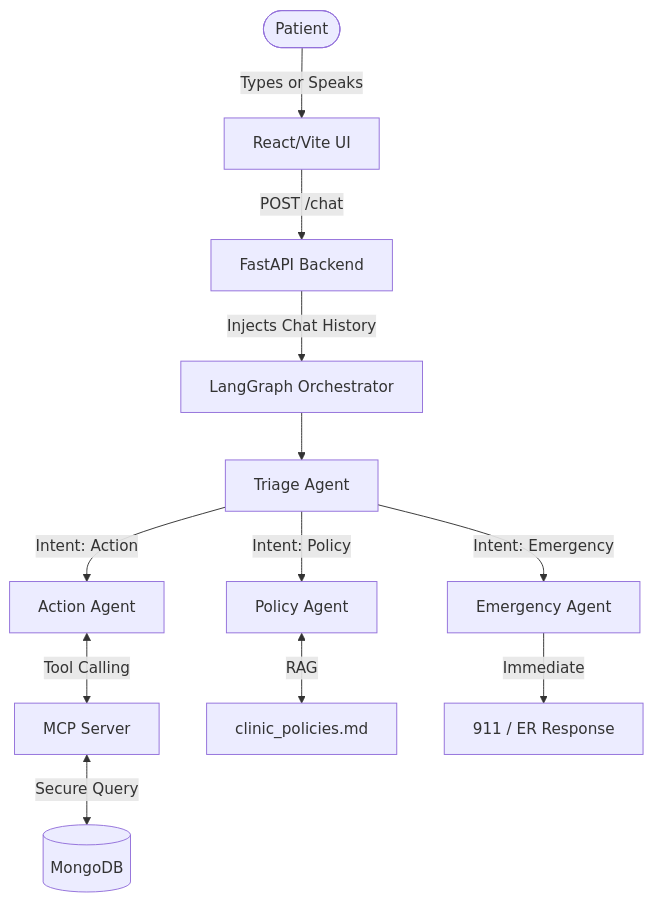
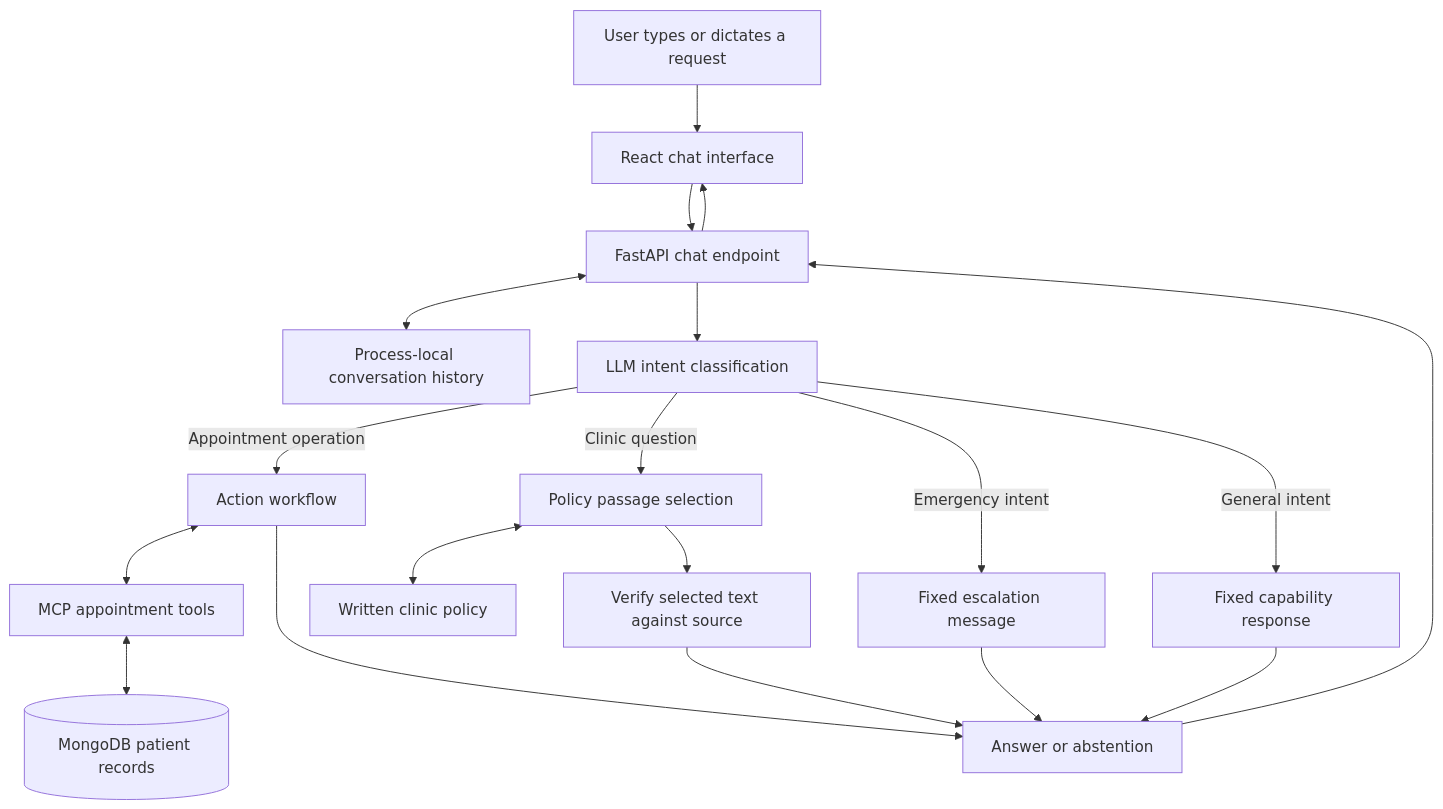
The first of 2 diagrams in IEEE_DOCUMENTATION.md (pactaccount/medbot), drawn with Mermaid before and after one commit. The commit also changed other lines of this file, not shown here.

Commit message:
Update IEEE documentation with comprehensive agent evaluation methodology and results

````diff
--- a/IEEE_DOCUMENTATION.md
+++ b/IEEE_DOCUMENTATION.md
@@ -15,20 +55,21 @@
 ```mermaid
-graph TD
-    User([Patient]) -->|Types or Speaks| Frontend[React/Vite UI]
-    Frontend -->|POST /chat| API[FastAPI Backend]
-    
-    API -->|Injects Chat History| StateMachine[LangGraph Orchestrator]
-    
-    StateMachine --> Triage[Triage Agent]
-    
-    Triage -->|Intent: Action| Action[Action Agent]
-    Triage -->|Intent: Policy| Policy[Policy Agent]
-    Triage -->|Intent: Emergency| Emergency[Emergency Agent]
-    
-    Action <-->|Tool Calling| MCP[MCP Server]
-    MCP <-->|Secure Query| DB[(MongoDB)]
-    
-    Policy <-->|RAG| Knowledge[clinic_policies.md]
-    
-    Emergency -->|Immediate| Escalation[911 / ER Response]
+flowchart TD
+    U[User types or dictates a request] --> UI[React chat interface]
+    UI --> API[FastAPI chat endpoint]
+    API <--> S[Process-local conversation history]
+    API --> T[LLM intent classification]
+    T -->|Appointment operation| A[Action workflow]
+    T -->|Clinic question| P[Policy passage selection]
+    T -->|Emergency intent| E[Fixed escalation message]
+    T -->|General intent| G[Fixed capability response]
+    A <--> M[MCP appointment tools]
+    M <--> DB[(MongoDB patient records)]
+    P <--> F[Written clinic policy]
+    P --> V[Verify selected text against source]
+    V --> R[Answer or abstention]
+    A --> R
+    E --> R
+    G --> R
+    R --> API
+    API --> UI
 ```
````
